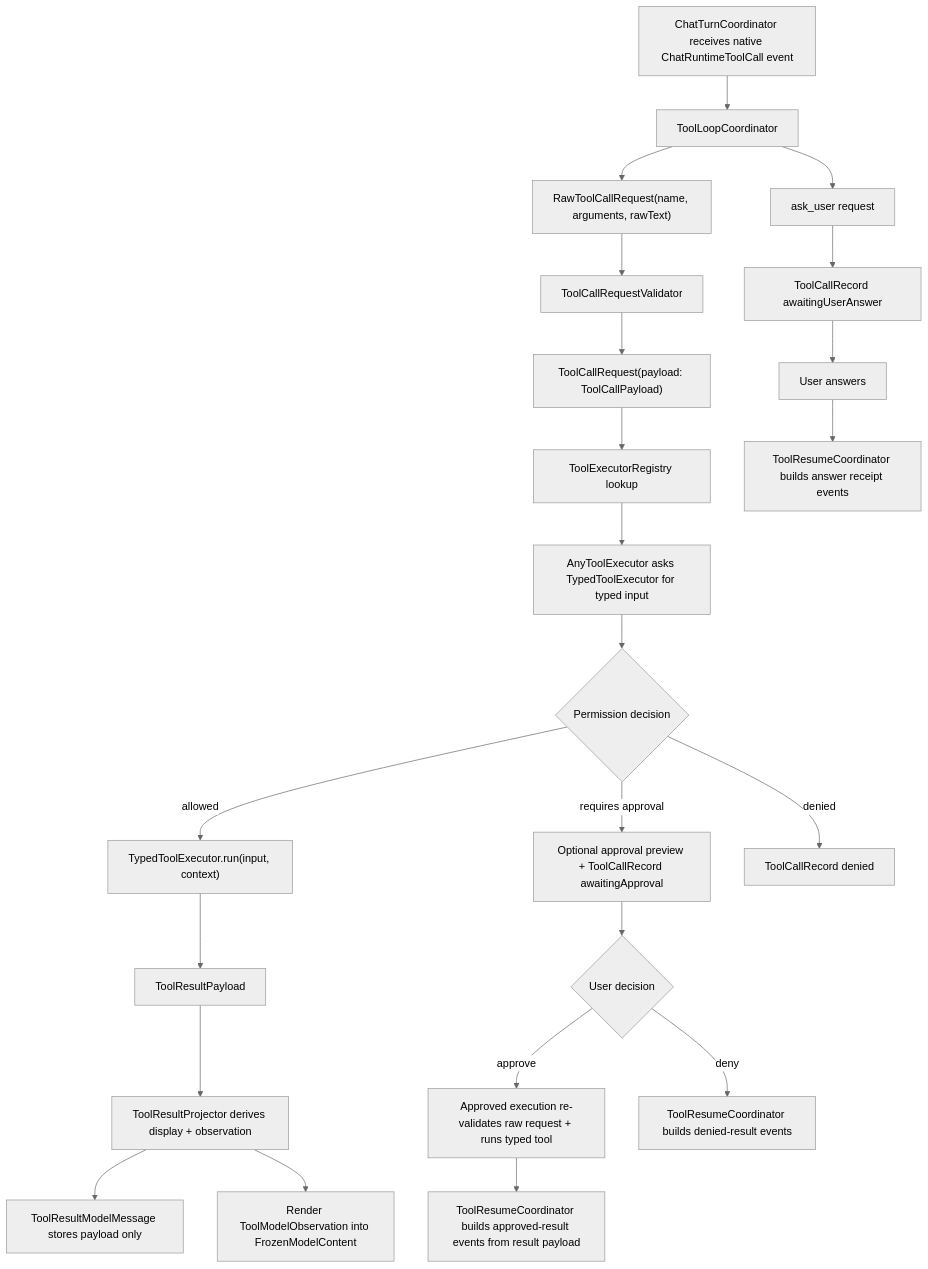
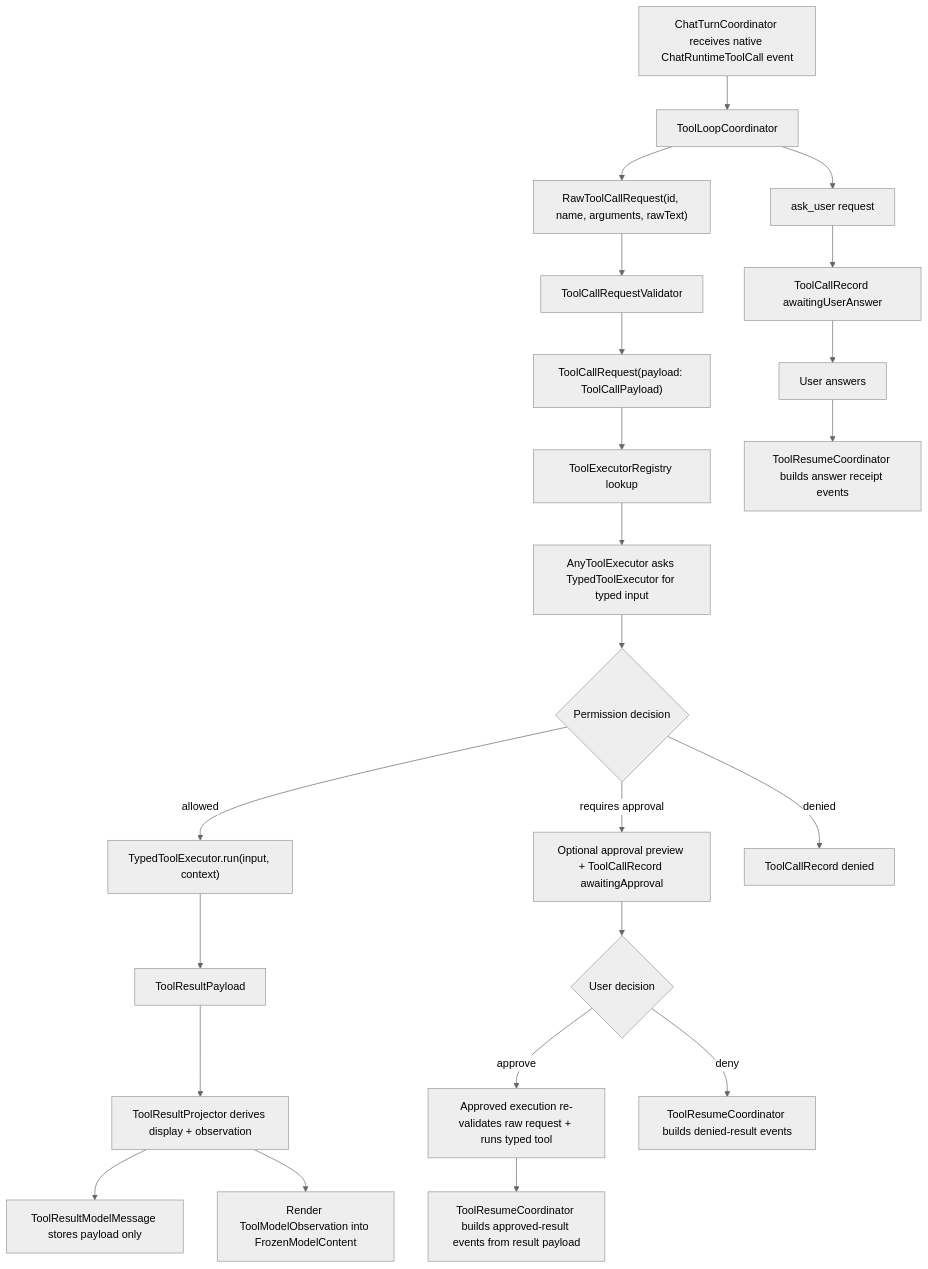
The diagram in docs/tool-runtime.md (ngutech21/sumika-chat), drawn with Mermaid (neutral theme) before and after one commit. The commit also changed other lines of this file and 17 other files, not shown here.

Commit message:
refactor: pass stable tool call IDs fixes #136

````diff
--- a/docs/tool-runtime.md
+++ b/docs/tool-runtime.md
@@ -10,25 +10,25 @@
 ```mermaid
 flowchart TD
   A["ChatTurnCoordinator receives native ChatRuntimeToolCall event"] --> B["ToolLoopCoordinator"]
-  B --> C["RawToolCallRequest(name, arguments, rawText)"]
+  B --> C["RawToolCallRequest(id, name, arguments, rawText)"]
   C --> D["ToolCallRequestValidator"]
   D --> E["ToolCallRequest(payload: ToolCallPayload)"]
   E --> F["ToolExecutorRegistry lookup"]
   F --> G["AnyToolExecutor asks TypedToolExecutor for typed input"]
   G --> H{"Permission decision"}
   H -- "allowed" --> I["TypedToolExecutor.run(input, context)"]
   H -- "requires approval" --> J["Optional approval preview + ToolCallRecord awaitingApproval"]
   H -- "denied" --> K["ToolCallRecord denied"]
   I --> L["ToolResultPayload"]
   L --> O["ToolResultProjector derives display + observation"]
   O --> P["ToolResultModelMessage stores payload only"]
   O --> Q["Render ToolModelObservation into FrozenModelContent"]
   J --> M{"User decision"}
   M -- "approve" --> N["Approved execution re-validates raw request + runs typed tool"]
   N --> R["ToolResumeCoordinator builds approved-result events from result payload"]
   M -- "deny" --> S["ToolResumeCoordinator builds denied-result events"]
   B --> T["ask_user request"]
   T --> U["ToolCallRecord awaitingUserAnswer"]
   U --> V["User answers"]
   V --> W["ToolResumeCoordinator builds answer receipt events"]
 ```
````
